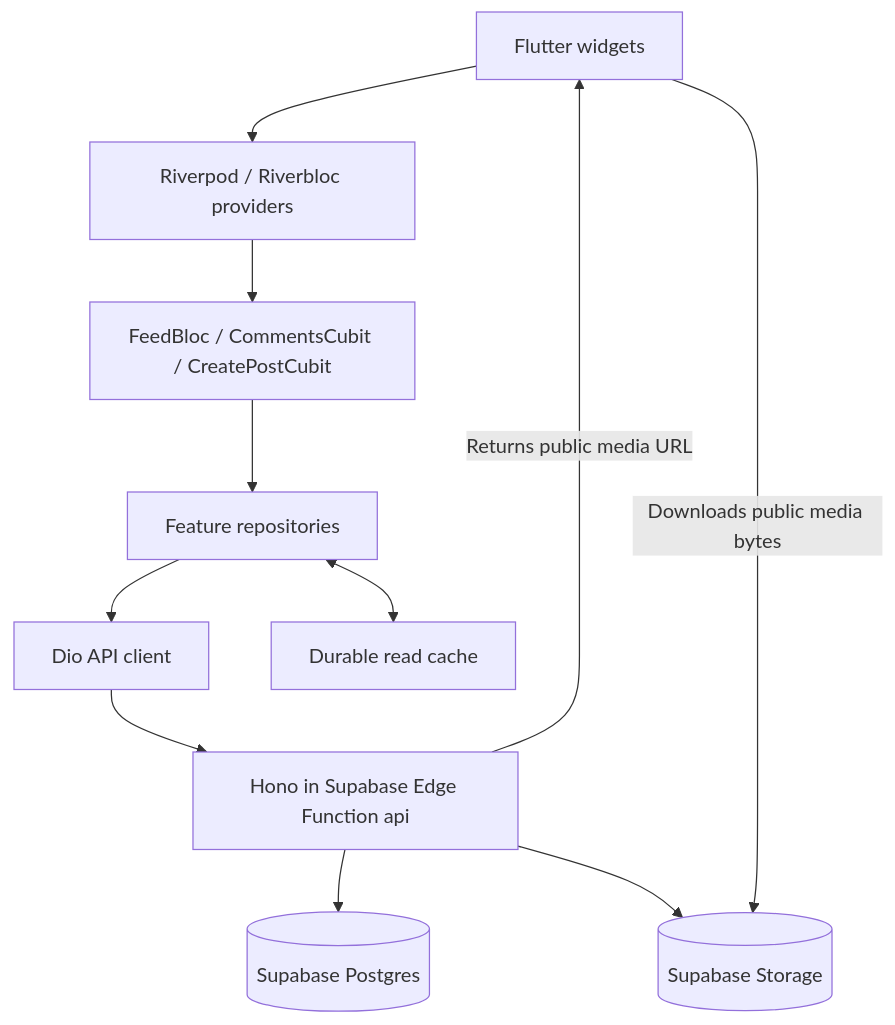
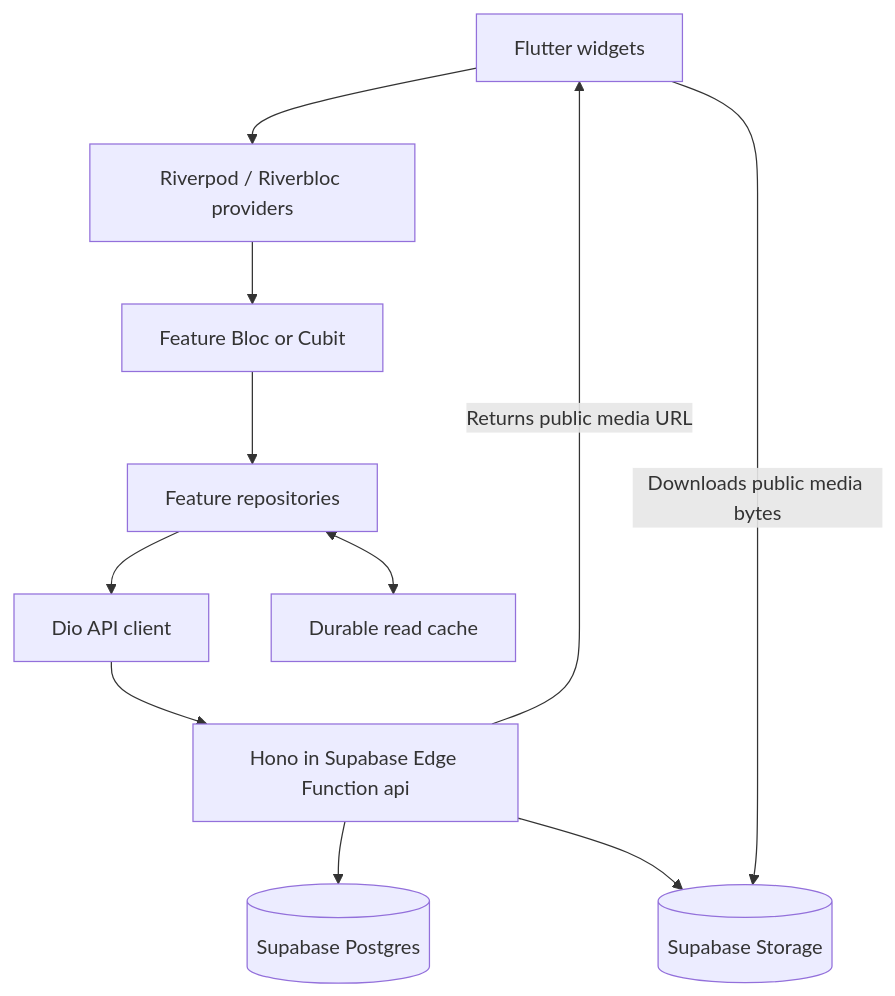
The diagram in docs/wiki/architecture.md (Prn-Ice/expert_listing), drawn with Mermaid before and after one commit. The commit also changed other lines of this file and 13 other files, not shown here.

```diff
--- a/docs/wiki/architecture.md
+++ b/docs/wiki/architecture.md
@@ -9,13 +5,13 @@
 ~~~mermaid
 flowchart TD
     UI[Flutter widgets] --> Providers[Riverpod / Riverbloc providers]
-    Providers --> Logic[FeedBloc / CommentsCubit / CreatePostCubit]
+    Providers --> Logic[Feature Bloc or Cubit]
     Logic --> Repo[Feature repositories]
     Repo --> Client[Dio API client]
     Repo <--> Cache[Durable read cache]
     Client --> Hono[Hono in Supabase Edge Function api]
     Hono --> DB[(Supabase Postgres)]
     Hono --> Storage[(Supabase Storage)]
     Hono -->|Returns public media URL| UI
     UI -->|Downloads public media bytes| Storage
 ~~~
```
